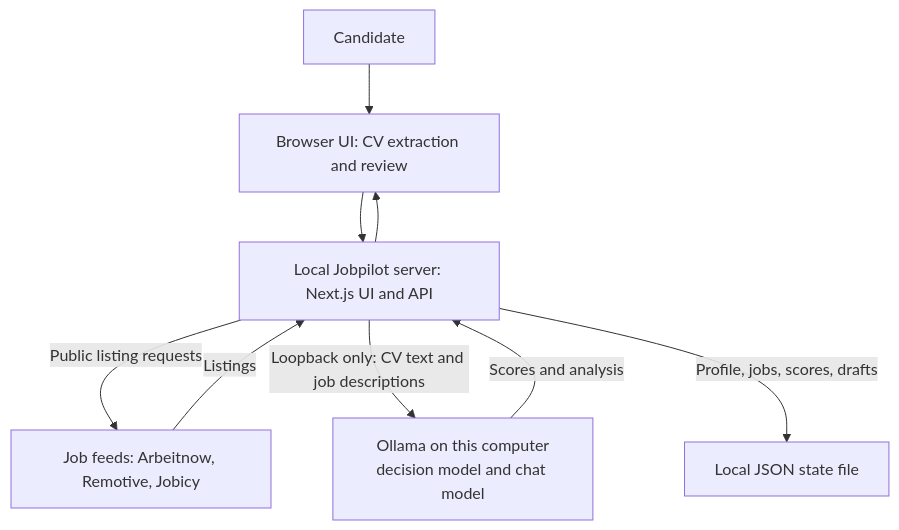
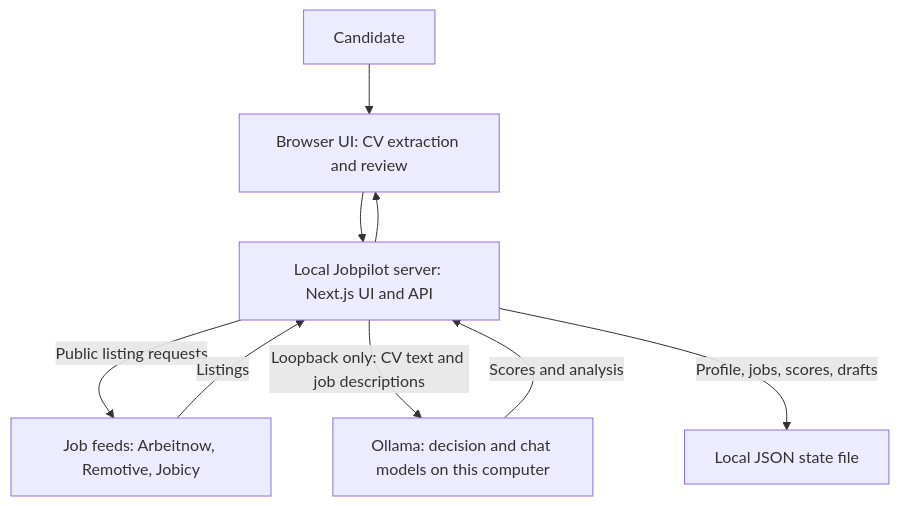
The first of 3 diagrams in README.md (sinariazi/jobpilot), drawn with Mermaid before and after one commit. The commit also changed other lines of this file, not shown here.

Commit message:
Finalize README Mermaid diagrams

````diff
--- a/README.md
+++ b/README.md
@@ -129,11 +129,11 @@
 ```mermaid
 flowchart TB
     person["Candidate"] --> browser["Browser UI: CV extraction and review"]
     browser --> app["Local Jobpilot server: Next.js UI and API"]
     app -->|"Public listing requests"| feeds["Job feeds: Arbeitnow, Remotive, Jobicy"]
     feeds -->|"Listings"| app
-    app -->|"Loopback only: CV text and job descriptions"| ollama["Ollama on this computer<br/>decision model and chat model"]
+    app -->|"Loopback only: CV text and job descriptions"| ollama["Ollama: decision and chat models on this computer"]
     ollama -->|"Scores and analysis"| app
     app -->|"Profile, jobs, scores, drafts"| state["Local JSON state file"]
     app --> browser
 ```
````
